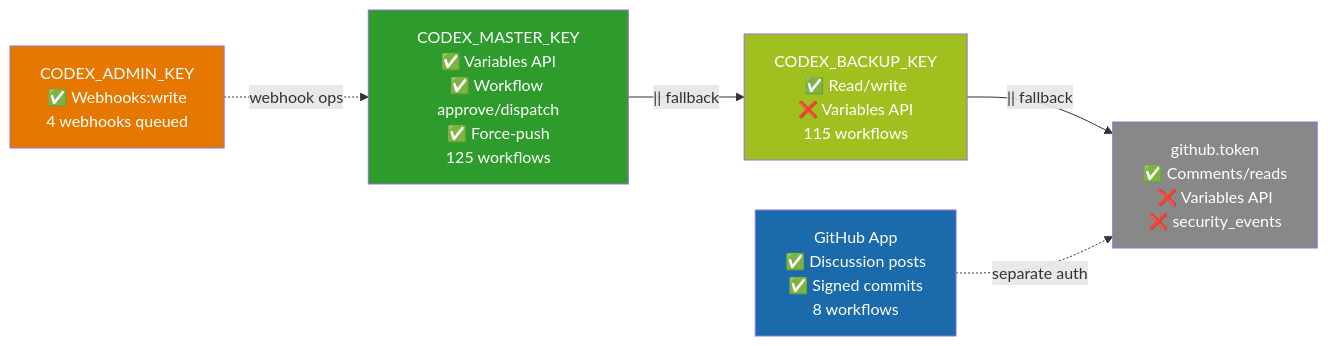
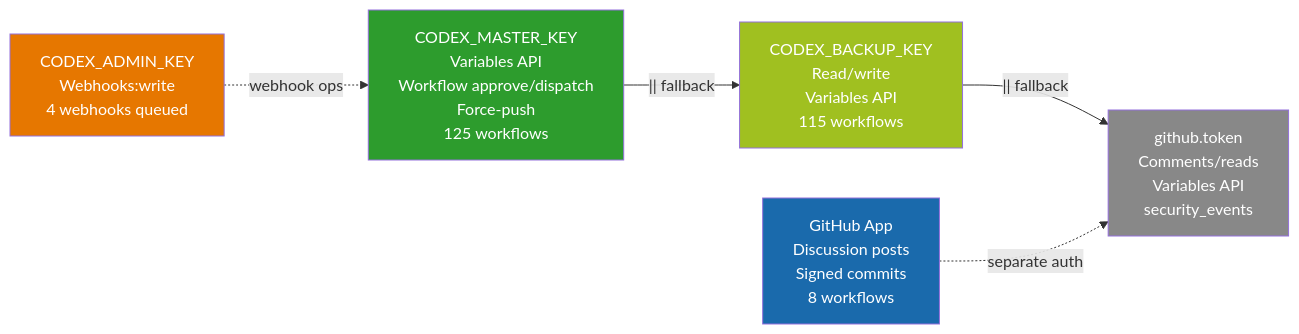
The fourth of 9 diagrams in docs/plans/PR4356_session_diagram.md (Aries-Serpent/_codex_), drawn with Mermaid before and after one commit. The commit also changed other lines of this file and 2029 other files, not shown here.

First line of the commit message:
Publish DEPLOYMENT_GUIDE on site and remove GitHub repo links from deployed docs (#5297)

````diff
--- a/docs/plans/PR4356_session_diagram.md
+++ b/docs/plans/PR4356_session_diagram.md
@@ -156,19 +158,19 @@
 ```mermaid
-%%{init: {'accessibility': {'title': 'Flowchart showing "CODEX_MASTER_KEY\n✅ Variables API\n✅ Workflow approve/dispatch\n✅ Force-push\n125 workflows", "CODEX_BACKUP_KEY\n✅ Read/write\n❌ Variables API\n115 workflows"'}}%%
+%%{init: {'accessibility': {'title': 'Flowchart showing "CODEX_MASTER_KEY\n Variables API\n Workflow approve/dispatch\n Force-push\n125 workflows", "CODEX_BACKUP_KEY\n Read/write\n Variables API\n115 workflows"'}}%%
 graph LR
-    T1["CODEX_MASTER_KEY\n✅ Variables API\n✅ Workflow approve/dispatch\n✅ Force-push\n125 workflows"]
-    T2["CODEX_BACKUP_KEY\n✅ Read/write\n❌ Variables API\n115 workflows"]
-    T3["CODEX_ADMIN_KEY\n✅ Webhooks:write\n4 webhooks queued"]
-    T4["GitHub App\n✅ Discussion posts\n✅ Signed commits\n8 workflows"]
-    T5["github.token\n✅ Comments/reads\n❌ Variables API\n❌ security_events"]
+    T1["CODEX_MASTER_KEY\n Variables API\n Workflow approve/dispatch\n Force-push\n125 workflows"]
+    T2["CODEX_BACKUP_KEY\n Read/write\n Variables API\n115 workflows"]
+    T3["CODEX_ADMIN_KEY\n Webhooks:write\n4 webhooks queued"]
+    T4["GitHub App\n Discussion posts\n Signed commits\n8 workflows"]
+    T5["github.token\n Comments/reads\n Variables API\n security_events"]
 
     T1 -->|"|| fallback"| T2 -->|"|| fallback"| T5
     T3 -.->|"webhook ops"| T1
     T4 -.->|"separate auth"| T5
 
     style T1 fill:#2d9c2d,color:#fff
     style T2 fill:#a0c020,color:#fff
     style T3 fill:#e67700,color:#fff
     style T4 fill:#1a6aac,color:#fff
     style T5 fill:#888,color:#fff
 ```
````
